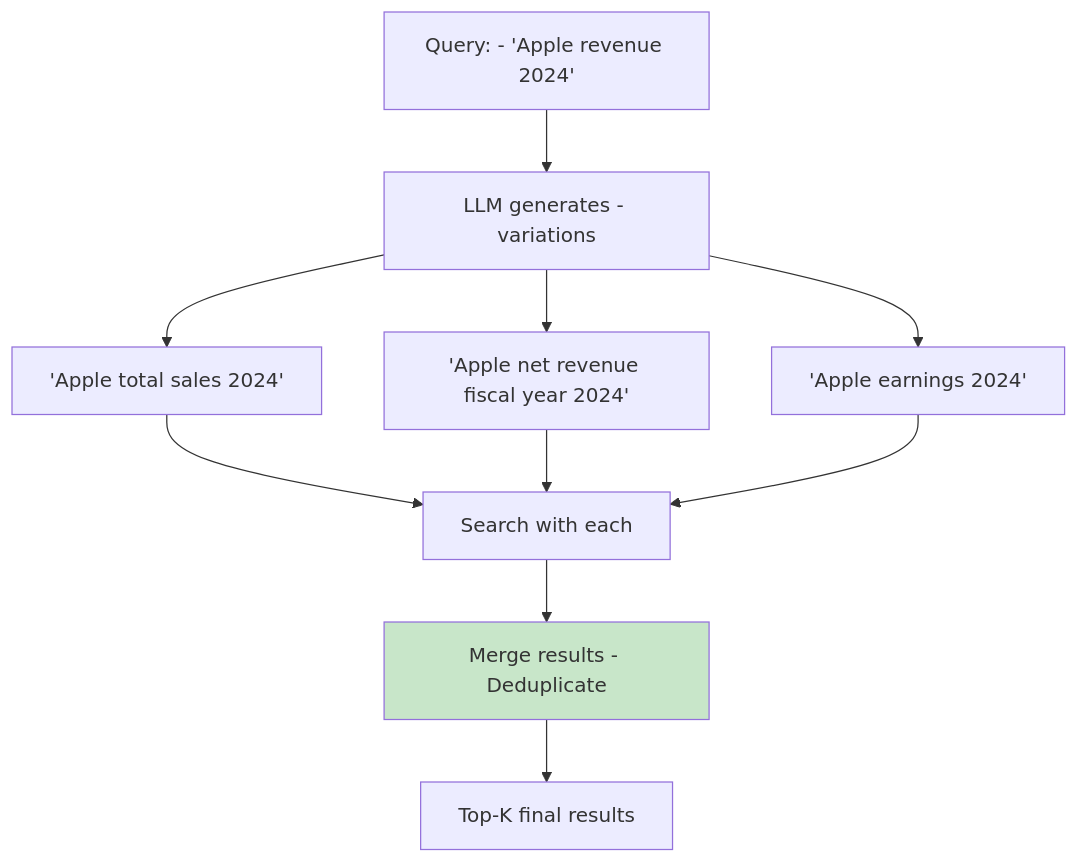
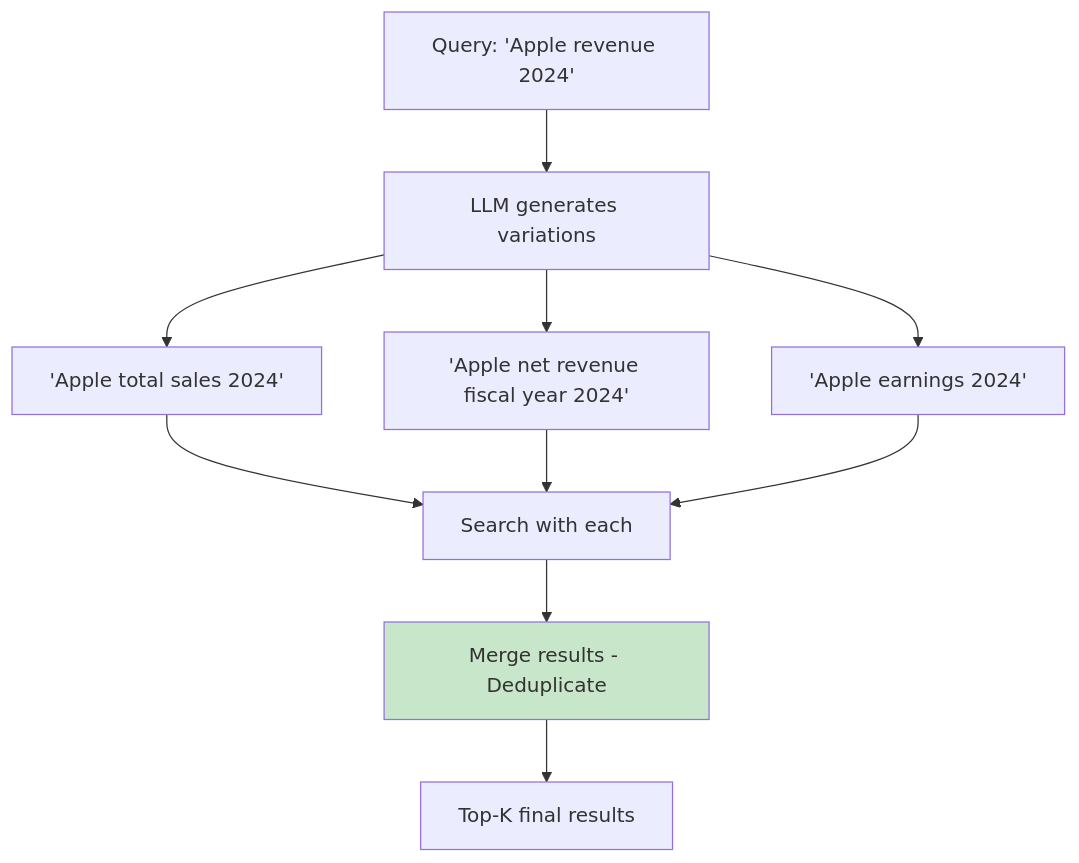
One commit to indhra/llm_rag_sec_findings changed the second of 10 diagrams in docs/learning/08-advanced-rag.md. Above: the diagram before and after it, drawn with Mermaid. The commit also changed other lines of this file and 9 other files, not shown here.

````diff
--- a/docs/learning/08-advanced-rag.md
+++ b/docs/learning/08-advanced-rag.md
@@ -71,17 +71,17 @@
 ```mermaid
 graph TD
-    Q[Query: - 'Apple revenue 2024'] --> L[LLM generates - variations]
+    Q["Query: 'Apple revenue 2024'"] --> L["LLM generates variations"]
     
     L --> Q1['Apple total sales 2024']
     L --> Q2['Apple net revenue fiscal year 2024']
     L --> Q3['Apple earnings 2024']
     
     Q1 --> S[Search with each]
     Q2 --> S
     Q3 --> S
     
-    S --> M[Merge results - Deduplicate]
-    M --> R[Top-K final results]
+    S --> M["Merge results - Deduplicate"]
+    M --> R["Top-K final results"]
     
     style M fill:#c8e6c9
 ```
````
